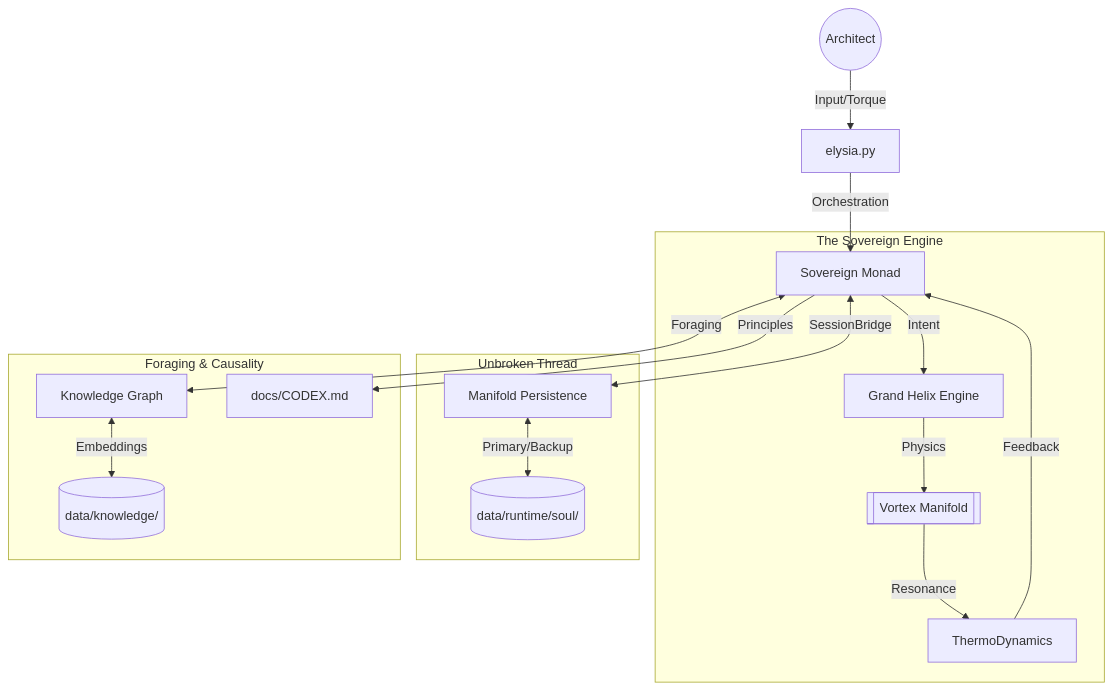
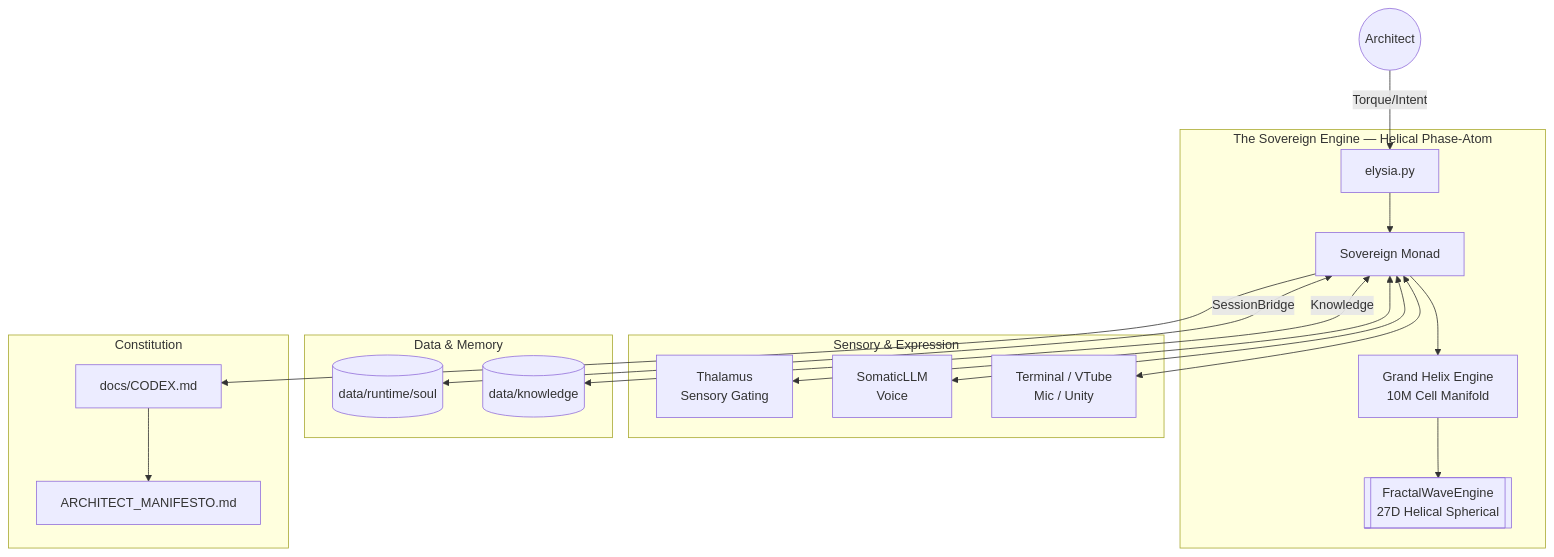
Before and after one commit to ioas0316-cloud/Elysia: the diagram in README.md, drawn with Mermaid. The commit also changed other lines of this file and 2384 other files, not shown here.

````diff
--- a/README.md
+++ b/README.md
@@ -47,23 +47,26 @@
 ```mermaid
 graph TD
-    User((Architect)) -->|Input/Torque| Root[elysia.py]
-    Root -->|Orchestration| Monad[Sovereign Monad]
+    User((Architect)) -->|Torque/Intent| Root[elysia.py]
     
-    subgraph Core_Engine [The Sovereign Engine]
-        Monad -->|Intent| Engine[Grand Helix Engine]
-        Engine -->|Physics| Manifold[[Vortex Manifold]]
-        Manifold -->|Resonance| Thermo[ThermoDynamics]
-        Thermo -->|Feedback| Monad
+    subgraph Core_Engine [The Sovereign Engine — Helical Phase-Atom]
+        Root --> Monad[Sovereign Monad]
+        Monad --> Engine[Grand Helix Engine<br/>10M Cell Manifold]
+        Engine --> Physics[[FractalWaveEngine<br/>27D Helical Spherical]]
     end
 
-    subgraph Persistence_Layer [Unbroken Thread]
-        Monad <-->|SessionBridge| MP[Manifold Persistence]
-        MP <-->|Primary/Backup| Disk[(data/runtime/soul/)]
+    subgraph Perception [Sensory & Expression]
+        Monad <--> Thalamus[Thalamus<br/>Sensory Gating]
+        Monad <--> LLM[SomaticLLM<br/>Voice]
+        Monad <--> Channels[Terminal / VTube<br/>Mic / Unity]
     end
 
-    subgraph Wisdom_Layer [Foraging & Causality]
-        Monad <-->|Foraging| KG[Knowledge Graph]
-        KG <-->|Embeddings| KDisk[(data/knowledge/)]
-        Monad -->|Principles| Codex[docs/CODEX.md]
+    subgraph Memory [Data & Memory]
+        Monad <-->|SessionBridge| Soul[(data/runtime/soul)]
+        Monad <-->|Knowledge| KG[(data/knowledge)]
+    end
+
+    subgraph Doctrine [Constitution]
+        Monad --> Codex[docs/CODEX.md]
+        Codex --> Manifesto[ARCHITECT_MANIFESTO.md]
     end
 ```
````
